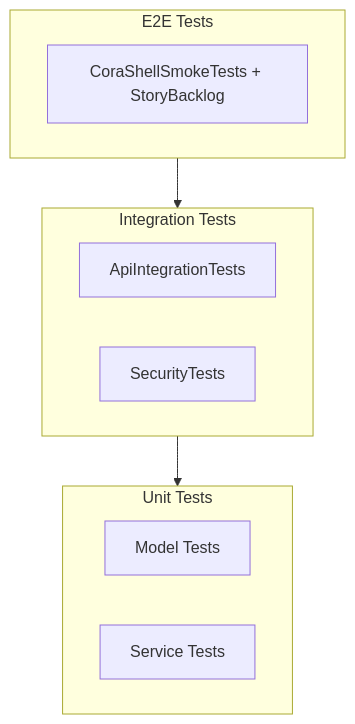
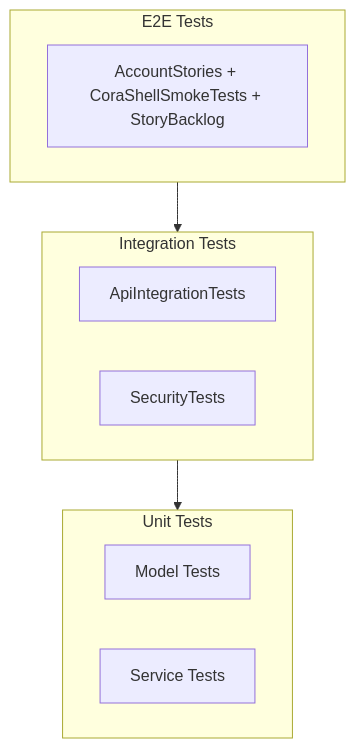
The diagram in docs/tests/README.md (CB-st/CipherBank-App), drawn with Mermaid before and after one commit. The commit also changed other lines of this file and 4 other files, not shown here.

````diff
--- a/docs/tests/README.md
+++ b/docs/tests/README.md
@@ -7,16 +7,16 @@
 ```mermaid
 flowchart TB
     subgraph e2e [E2E Tests]
-        E2E[CoraShellSmokeTests + StoryBacklog]
+        E2E[AccountStories + CoraShellSmokeTests + StoryBacklog]
     end
     subgraph integration [Integration Tests]
         API[ApiIntegrationTests]
         SEC[SecurityTests]
     end
     subgraph unit [Unit Tests]
         Models[Model Tests]
         Services[Service Tests]
     end
     e2e --> integration
     integration --> unit
 ```
````
